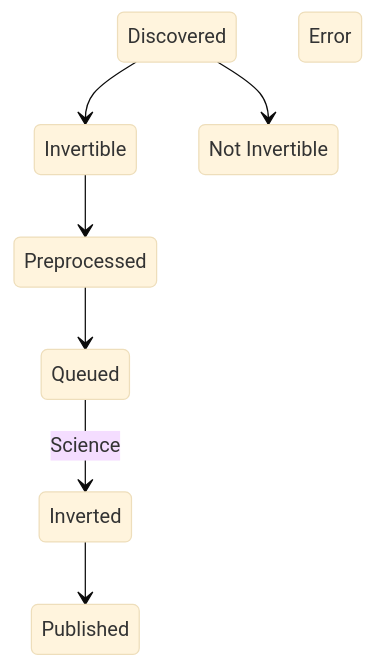
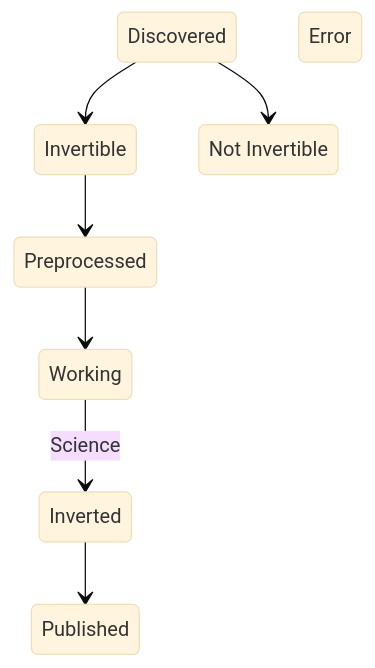
One commit to DKISTDC/level2 changed the third of 3 diagrams in README.md. Above: the diagram before and after it, drawn with Mermaid (base theme). The commit also changed other lines of this file and 1 other file, not shown here.

````diff
--- a/README.md
+++ b/README.md
@@ -90,18 +95,18 @@
 ```mermaid
 stateDiagram-v2
     dis: Discovered
     inv: Invertible
     no: Not Invertible
     pre: Preprocessed
-    qd: Queued
+    work: Working
     done: Inverted
     pub: Published
     err: Error
 
     dis --> inv
     dis --> no
     inv --> pre
-    pre --> qd
-    qd --> done: Science
+    pre --> work
+    work --> done: Science
     done --> pub
 ```
````
